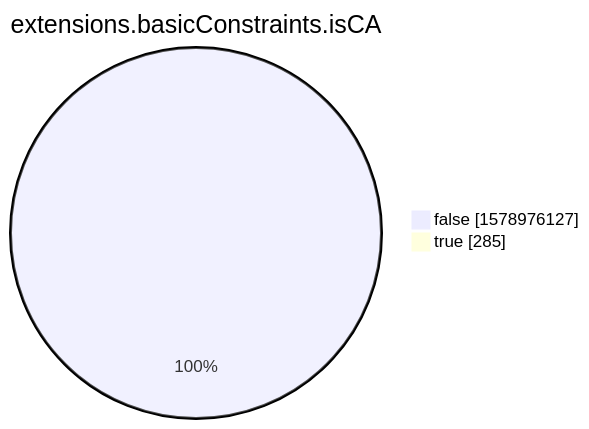
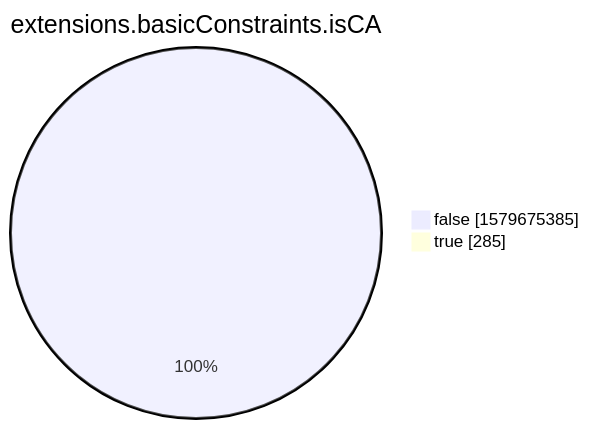
Before and after one commit to christiankrug/ctmonitor_visualization: the eighth of 15 diagrams in xenon2022/README.md, drawn with Mermaid. The commit also changed other lines of this file, not shown here.

````diff
--- a/xenon2022/README.md
+++ b/xenon2022/README.md
@@ -2861,6 +2861,6 @@
 ```mermaid
 pie showData
 title extensions.basicConstraints.isCA
-"false" :1578976127
+"false" :1579675385
 "true" :285
 ```
````
